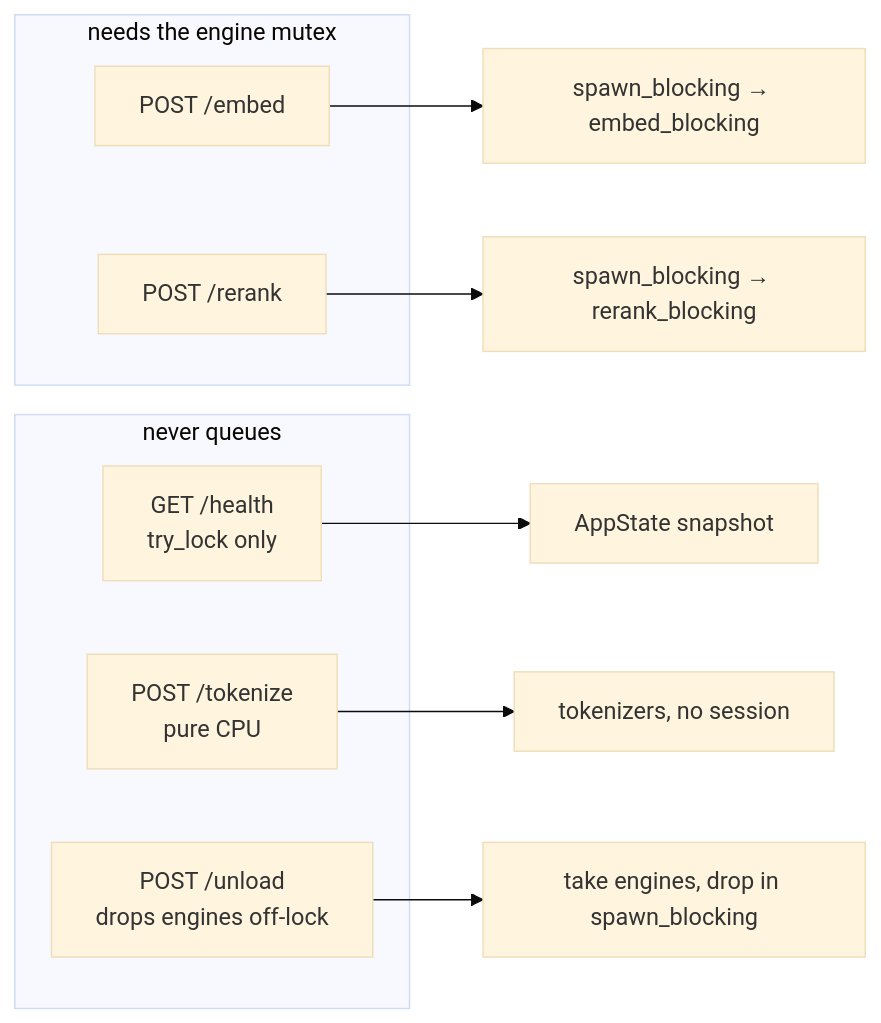
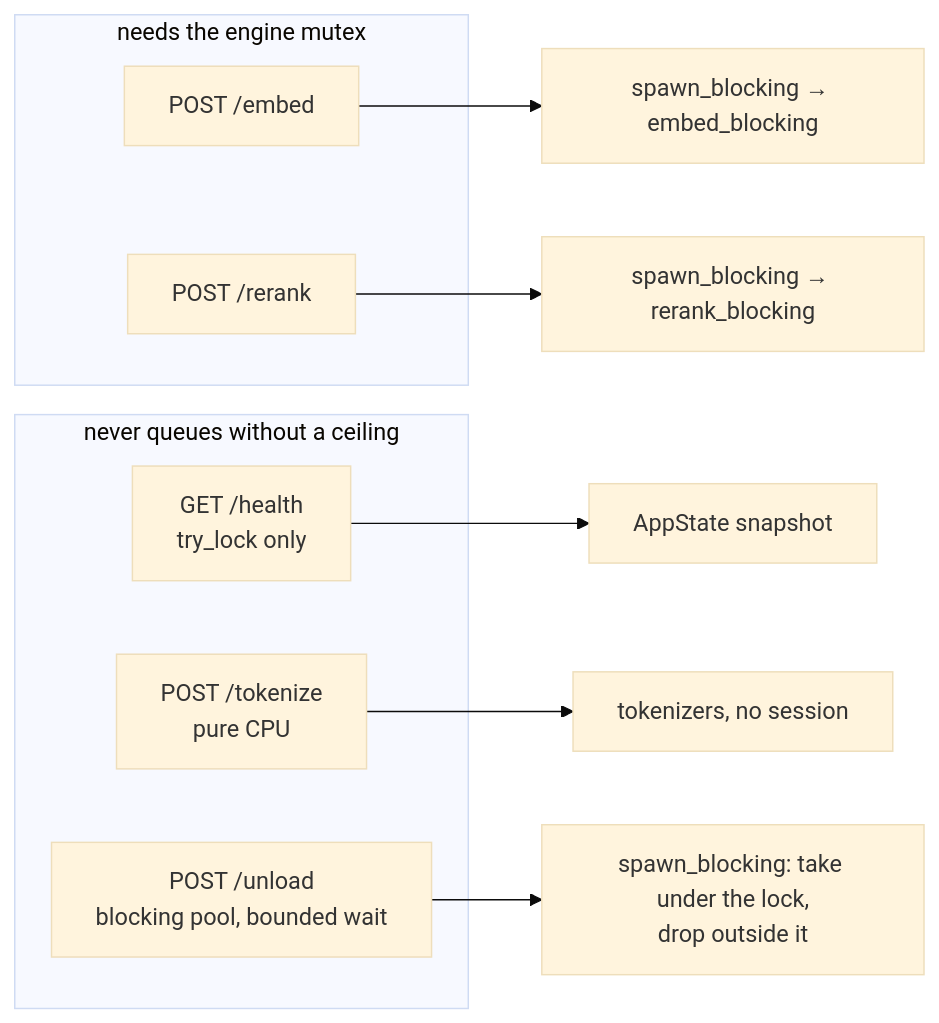
The diagram in research/module_http_surface.md (oleksandrdubyna88/dew_flow_sidecar_rust), drawn with Mermaid (base theme) before and after one commit. The commit also changed other lines of this file and 6 other files, not shown here.

First line of the commit message:
fix: no wait without a ceiling, and a wedge you can see

````diff
--- a/research/module_http_surface.md
+++ b/research/module_http_surface.md
@@ -12,17 +12,17 @@
 ```mermaid
 flowchart LR
     subgraph gpu["needs the engine mutex"]
         EMBED["POST /embed"]
         RERANK["POST /rerank"]
     end
-    subgraph free["never queues"]
+    subgraph free["never queues without a ceiling"]
         HEALTH["GET /health<br/>try_lock only"]
         TOKENIZE["POST /tokenize<br/>pure CPU"]
-        UNLOAD["POST /unload<br/>drops engines off-lock"]
+        UNLOAD["POST /unload<br/>blocking pool, bounded wait"]
     end
     EMBED --> BLOCKING["spawn_blocking → embed_blocking"]
     RERANK --> BLOCKING2["spawn_blocking → rerank_blocking"]
     HEALTH --> STATE["AppState snapshot"]
     TOKENIZE --> TOK["tokenizers, no session"]
-    UNLOAD --> DROP["take engines, drop in spawn_blocking"]
+    UNLOAD --> DROP["spawn_blocking: take under the lock,<br/>drop outside it"]
 ```
````
